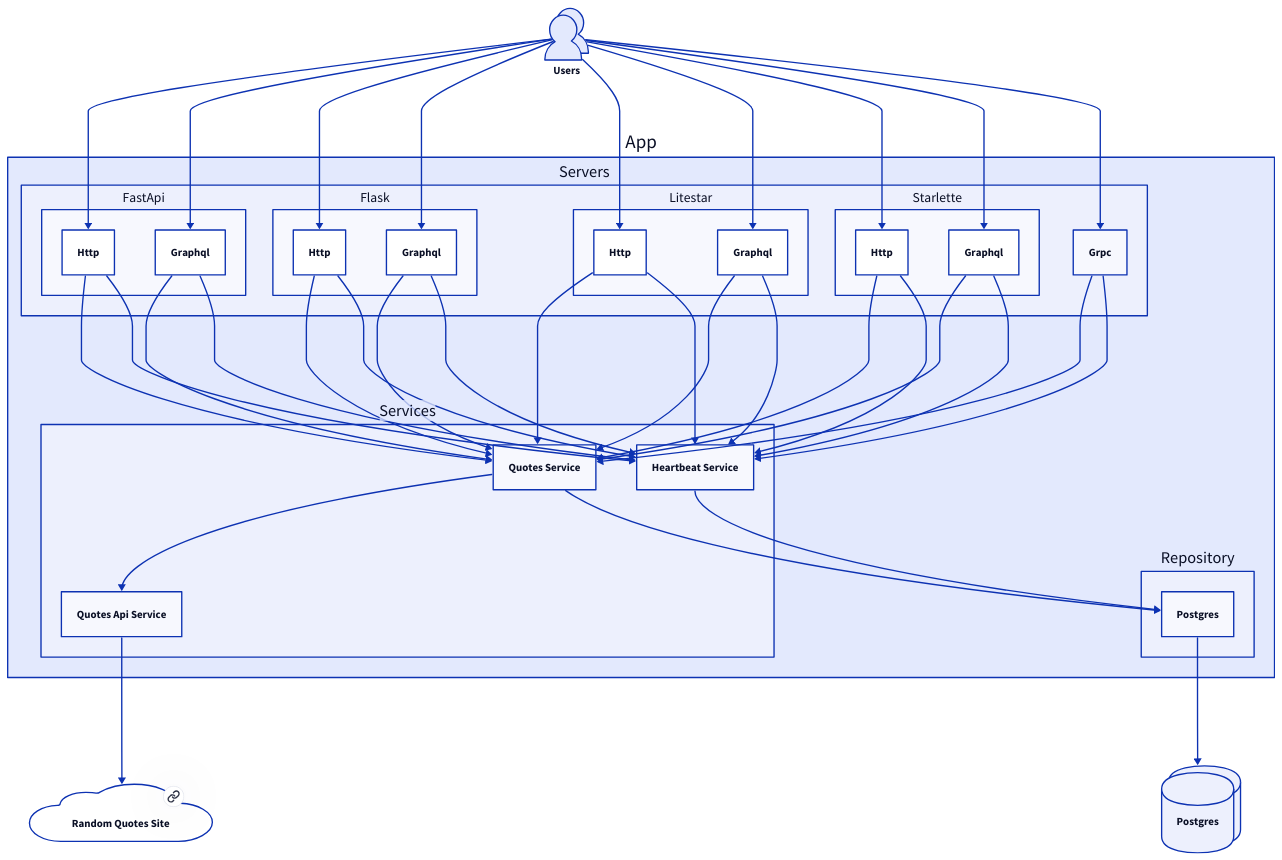
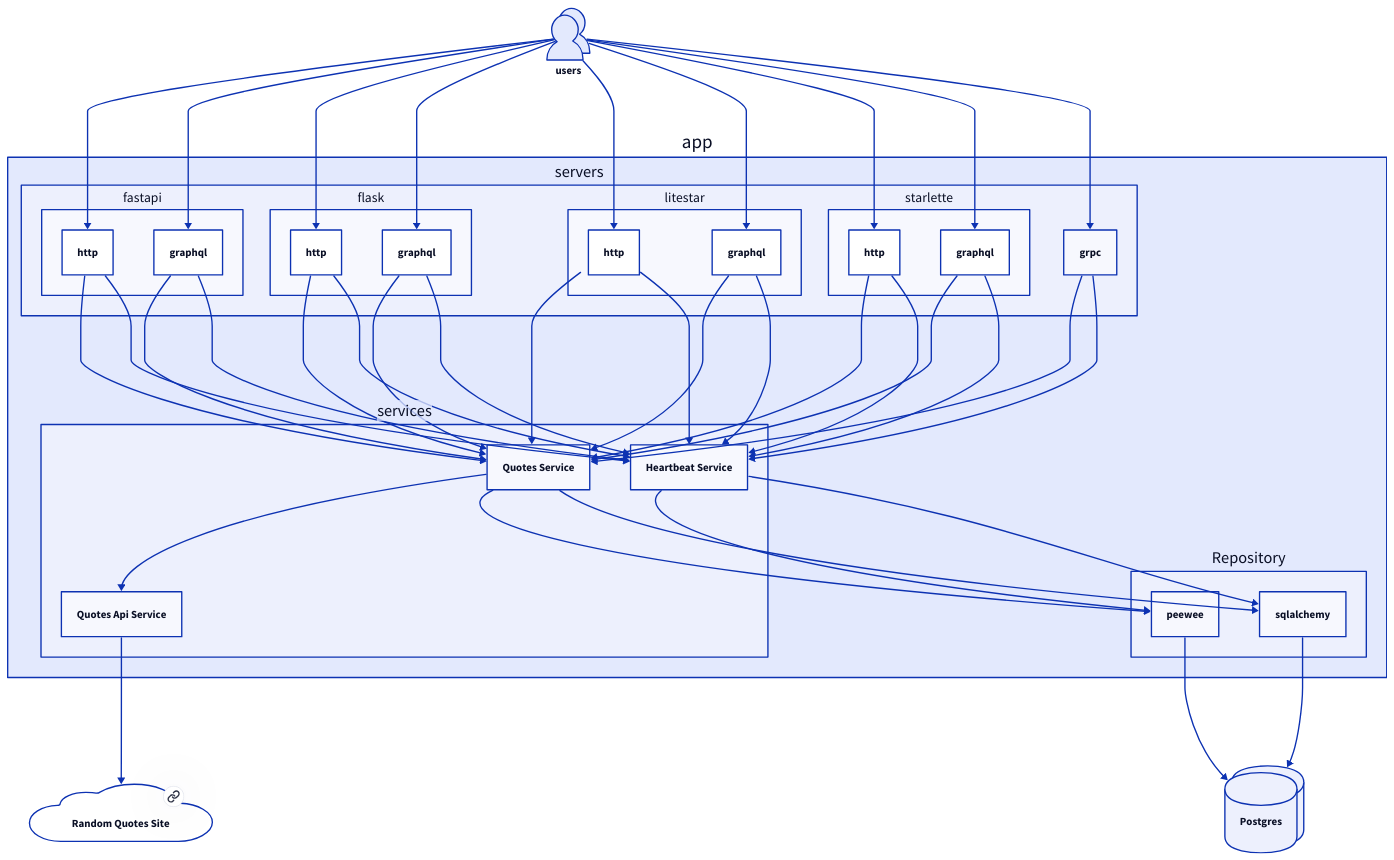
Before and after one commit to VadymLinets/python-random-quotes: the diagram in docs/workflow.d2, drawn with D2. The commit also changed 1 other file, not shown here.

Commit message:
Diagram improvement

```diff
--- a/docs/workflow.d2
+++ b/docs/workflow.d2
@@ -1,89 +1,93 @@
-users: Users {
+users: {
   shape: person
   style.multiple: true
 }
 
 database: Postgres {
   shape: cylinder
   style.multiple: true
 }
 
 random_quotes: Random Quotes Site {
   shape: cloud
   link: https://api.quotable.io/random
 }
 
-app: App {
-  servers: Servers {
-    fastapi: FastApi {
-      http: Http
-      graphql: Graphql
+app: {
+  servers: {
+    fastapi: {
+      http
+      graphql
     }
 
-    flask: Flask {
-      http: Http
-      graphql: Graphql
+    flask: {
+      http
+      graphql
     }
 
-    litestar: Litestar {
-      http: Http
-      graphql: Graphql
+    litestar: {
+      http
+      graphql
     }
 
-    starlette: Starlette {
-      http: Http
-      graphql: Graphql
+    starlette: {
+      http
+      graphql
     }
 
-    grpc: Grpc
+    grpc
   }
 
-  services: Services {
+  services: {
     heartbeat_service: Heartbeat Service
     quotes_service: Quotes Service
     quotes_api_service: Quotes Api Service
 
     quotes_service -> quotes_api_service
   }
 
   repository: Repository {
-    postgres: Postgres
+    peewee
+    sqlalchemy
   }
 
   servers.fastapi.http -> services.quotes_service
   servers.fastapi.graphql -> services.quotes_service
   servers.flask.http -> services.quotes_service
   servers.flask.graphql -> services.quotes_service
   servers.litestar.http -> services.quotes_service
   servers.litestar.graphql -> services.quotes_service
   servers.starlette.http -> services.quotes_service
   servers.starlette.graphql -> services.quotes_service
   servers.grpc -> services.quotes_service
 
   servers.fastapi.http -> services.heartbeat_service
   servers.fastapi.graphql -> services.heartbeat_service
   servers.flask.http -> services.heartbeat_service
   servers.flask.graphql -> services.heartbeat_service
   servers.litestar.http -> services.heartbeat_service
   servers.litestar.graphql -> services.heartbeat_service
   servers.starlette.http -> services.heartbeat_service
   servers.starlette.graphql -> services.heartbeat_service
   servers.grpc -> services.heartbeat_service
 
-  services.quotes_service -> repository.postgres
-  services.heartbeat_service -> repository.postgres
+  services.quotes_service -> repository.peewee
+  services.heartbeat_service -> repository.peewee
+  services.quotes_service -> repository.sqlalchemy
+  services.heartbeat_service -> repository.sqlalchemy
 }
 
 users -> app.servers.fastapi.http
 users -> app.servers.fastapi.graphql
 users -> app.servers.flask.http
 users -> app.servers.flask.graphql
 users -> app.servers.litestar.http
 users -> app.servers.litestar.graphql
 users -> app.servers.starlette.http
 users -> app.servers.starlette.graphql
 users -> app.servers.grpc
 
-app.repository.postgres -> database
+app.repository.peewee -> database
+app.repository.sqlalchemy -> database
 
 app.services.quotes_api_service -> random_quotes
```
